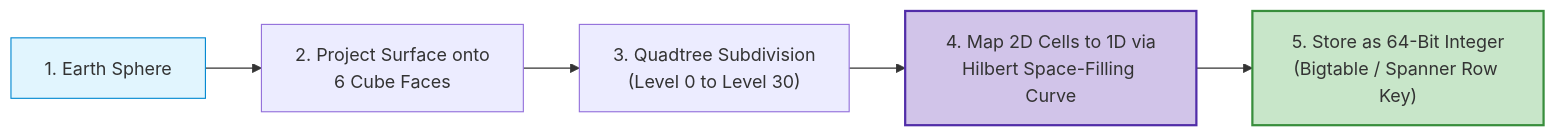
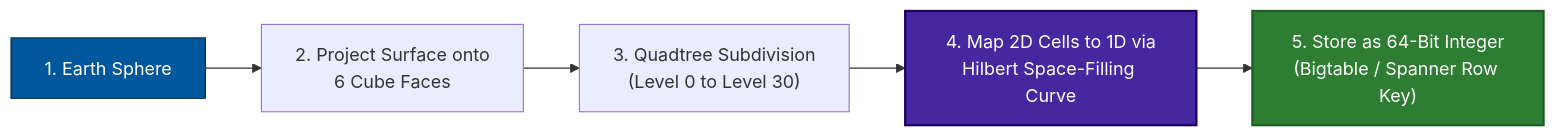
The eighth of 27 diagrams in system-design/HLD/0-course/28-Design Google Maps-FAANG-Guide.md (riyaz-pasha/Learnings), drawn with Mermaid before and after one commit. The commit also changed other lines of this file and 1 other file, not shown here.

First line of the commit message:
[HLD] Make Google Maps guide mermaid diagram colors theme-safe

````diff
--- a/system-design/HLD/0-course/28-Design Google Maps-FAANG-Guide.md
+++ b/system-design/HLD/0-course/28-Design Google Maps-FAANG-Guide.md
@@ -492,11 +492,11 @@
 ```mermaid
 flowchart LR
     Sphere["1. Earth Sphere"] --> Cube["2. Project Surface onto<br/>6 Cube Faces"]
     Cube --> Subdiv["3. Quadtree Subdivision<br/>(Level 0 to Level 30)"]
     Subdiv --> Hilbert["4. Map 2D Cells to 1D via<br/>Hilbert Space-Filling Curve"]
     Hilbert --> IntegerKey["5. Store as 64-Bit Integer<br/>(Bigtable / Spanner Row Key)"]
 
-    style Sphere fill:#e1f5fe,stroke:#0288d1
-    style Hilbert fill:#d1c4e9,stroke:#512da8,stroke-width:2px
-    style IntegerKey fill:#c8e6c9,stroke:#388e3c,stroke-width:2px
+    style Sphere fill:#01579b,stroke:#00324d,color:#ffffff
+    style Hilbert fill:#4527a0,stroke:#1a0060,color:#ffffff,stroke-width:2px
+    style IntegerKey fill:#2e7d32,stroke:#1b5e20,color:#ffffff,stroke-width:2px
 ```
````
